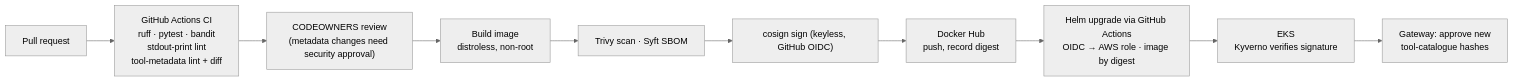
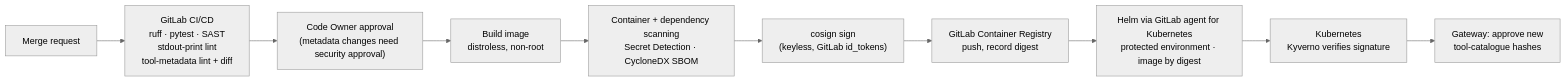
The eighth of 8 diagrams in ai/mcp-architecture/mcp-architecture.md (joshuamfrancis/Wikis), drawn with Mermaid (neutral theme) before and after one commit. The commit also changed other lines of this file and 1 other file, not shown here.

First line of the commit message:
Make MCP architecture cloud-agnostic, move CI/CD to GitLab, add JWT backend flow

````diff
--- a/ai/mcp-architecture/mcp-architecture.md
+++ b/ai/mcp-architecture/mcp-architecture.md
@@ -648,12 +730,12 @@
 ```mermaid
 flowchart LR
-    PR["Pull request"] --> CI["GitHub Actions CI<br/>ruff · pytest · bandit<br/>stdout-print lint<br/>tool-metadata lint + diff"]
-    CI --> REV["CODEOWNERS review<br/>(metadata changes need security approval)"]
+    MR["Merge request"] --> CI["GitLab CI/CD<br/>ruff · pytest · SAST<br/>stdout-print lint<br/>tool-metadata lint + diff"]
+    CI --> REV["Code Owner approval<br/>(metadata changes need security approval)"]
     REV --> BUILD["Build image<br/>distroless, non-root"]
-    BUILD --> SCAN["Trivy scan · Syft SBOM"]
-    SCAN --> SIGN["cosign sign (keyless, GitHub OIDC)"]
-    SIGN --> HUB["Docker Hub<br/>push, record digest"]
-    HUB --> DEPLOY["Helm upgrade via GitHub Actions<br/>OIDC → AWS role · image by digest"]
-    DEPLOY --> EKS["EKS<br/>Kyverno verifies signature"]
-    EKS --> PIN["Gateway: approve new<br/>tool-catalogue hashes"]
+    BUILD --> SCAN["Container + dependency scanning<br/>Secret Detection · CycloneDX SBOM"]
+    SCAN --> SIGN["cosign sign<br/>(keyless, GitLab id_tokens)"]
+    SIGN --> REG["GitLab Container Registry<br/>push, record digest"]
+    REG --> DEPLOY["Helm via GitLab agent for Kubernetes<br/>protected environment · image by digest"]
+    DEPLOY --> K8S["Kubernetes<br/>Kyverno verifies signature"]
+    K8S --> PIN["Gateway: approve new<br/>tool-catalogue hashes"]
 ```
````
